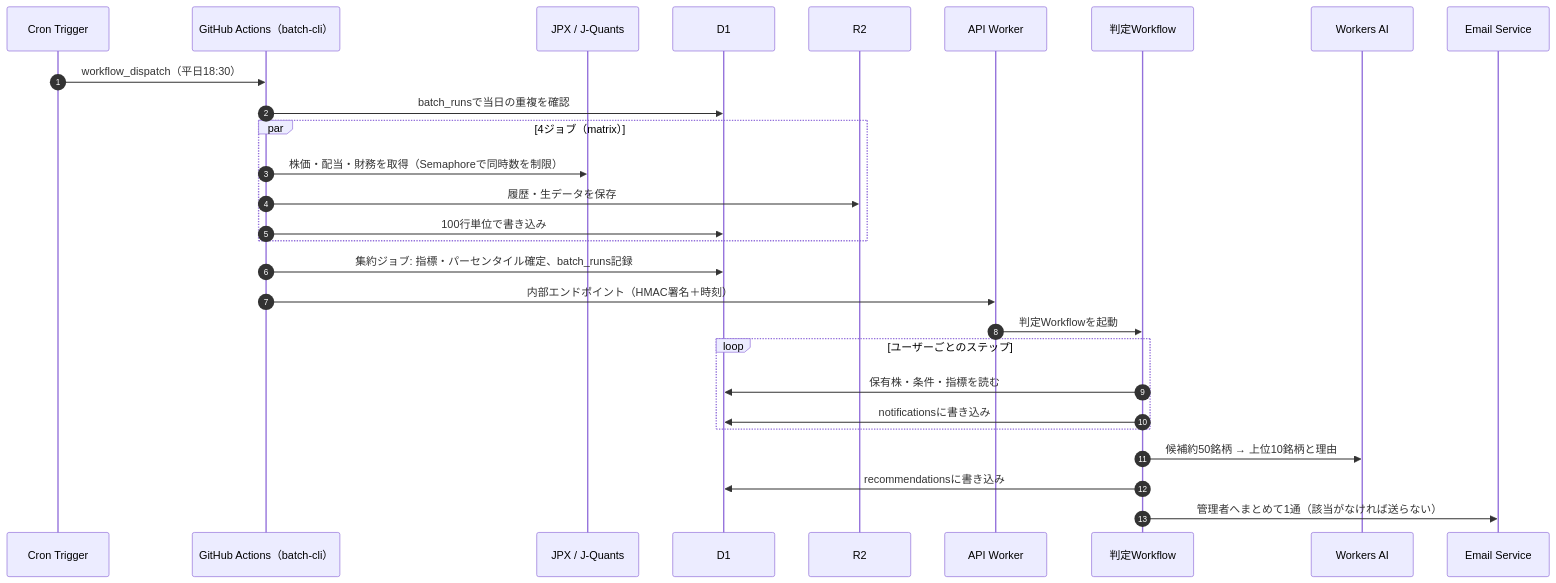
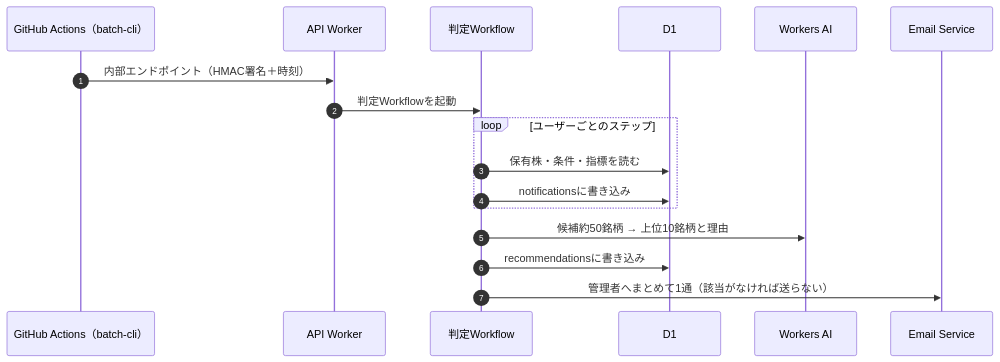
The second of 4 diagrams in docs/04_basic_design.md (taaaaakahiro/stock-insight), drawn with Mermaid before and after one commit. The commit also changed other lines of this file and 8 other files, not shown here.

````diff
--- a/docs/04_basic_design.md
+++ b/docs/04_basic_design.md
@@ -19,31 +43,20 @@
 ```mermaid
 sequenceDiagram
   autonumber
-  participant CR as Cron Trigger
   participant GH as GitHub Actions（batch-cli）
-  participant EX as JPX / J-Quants
-  participant D1 as D1
-  participant R2 as R2
   participant API as API Worker
   participant WF as 判定Workflow
+  participant D1 as D1
   participant AI as Workers AI
   participant M as Email Service
 
-  CR->>GH: workflow_dispatch（平日18:30）
-  GH->>D1: batch_runsで当日の重複を確認
-  par 4ジョブ（matrix）
-    GH->>EX: 株価・配当・財務を取得（Semaphoreで同時数を制限）
-    GH->>R2: 履歴・生データを保存
-    GH->>D1: 100行単位で書き込み
-  end
-  GH->>D1: 集約ジョブ: 指標・パーセンタイル確定、batch_runs記録
   GH->>API: 内部エンドポイント（HMAC署名＋時刻）
   API->>WF: 判定Workflowを起動
   loop ユーザーごとのステップ
     WF->>D1: 保有株・条件・指標を読む
     WF->>D1: notificationsに書き込み
   end
   WF->>AI: 候補約50銘柄 → 上位10銘柄と理由
   WF->>D1: recommendationsに書き込み
   WF->>M: 管理者へまとめて1通（該当がなければ送らない）
 ```
````
